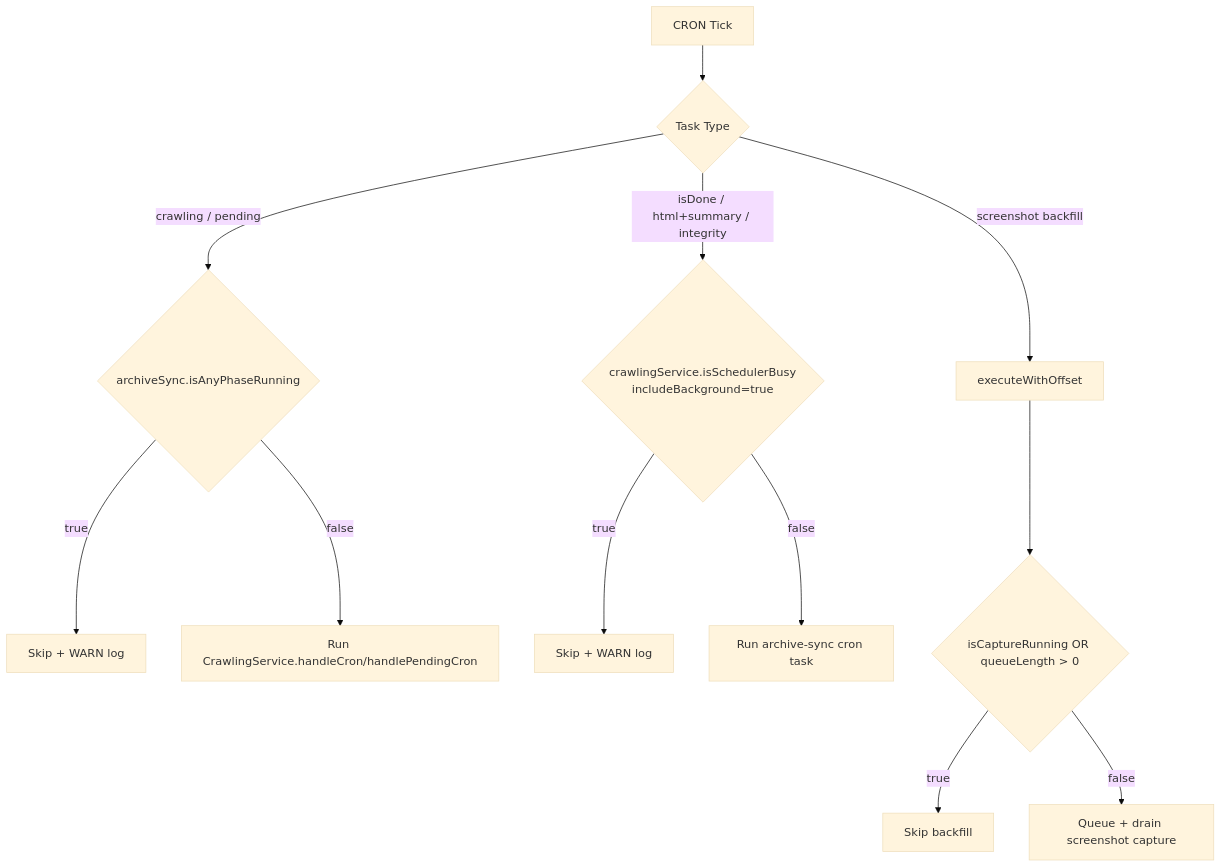
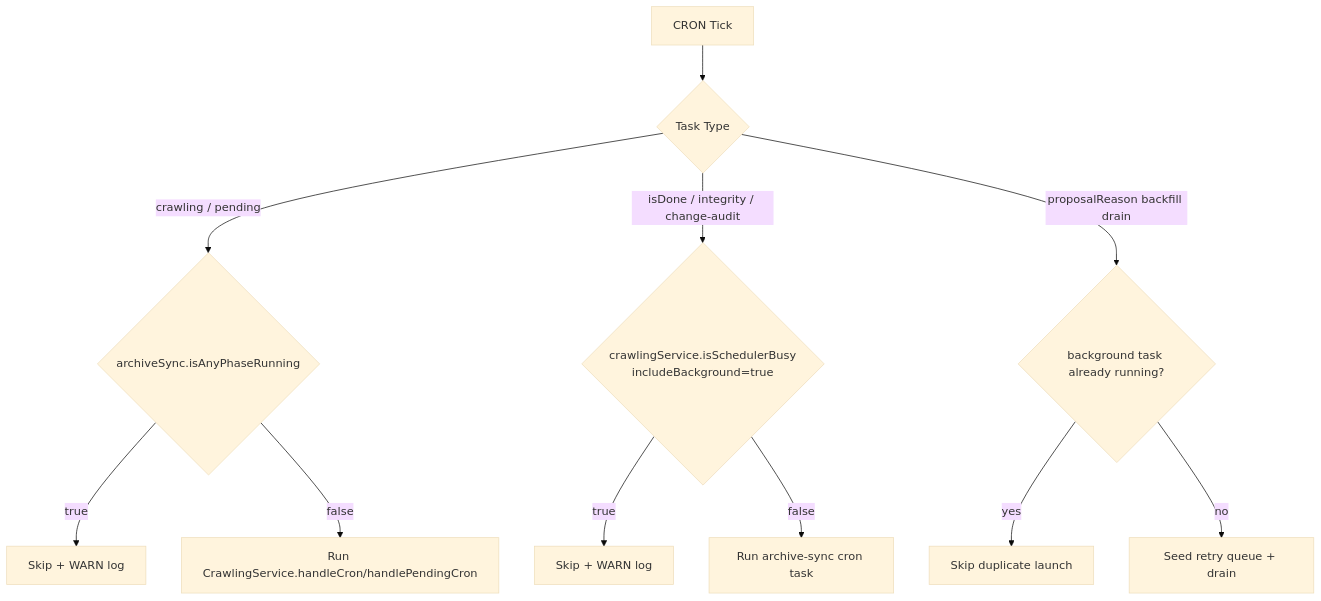
Before and after one commit to vientofactory/LawCast-Backend: the first of 3 diagrams in README.md, drawn with Mermaid (base theme). The commit also changed other lines of this file, not shown here.

````diff
--- a/README.md
+++ b/README.md
@@ -161,17 +157,16 @@
 ```mermaid
 flowchart TD
 		A[CRON Tick] --> B{Task Type}
 
 		B -->|crawling / pending| C{archiveSync.isAnyPhaseRunning}
 		C -->|true| C1[Skip + WARN log]
 		C -->|false| C2[Run CrawlingService.handleCron/handlePendingCron]
 
-		B -->|isDone / html+summary / integrity| D{crawlingService.isSchedulerBusy\nincludeBackground=true}
+		B -->|isDone / integrity / change-audit| D{crawlingService.isSchedulerBusy\nincludeBackground=true}
 		D -->|true| D1[Skip + WARN log]
 		D -->|false| D2[Run archive-sync cron task]
 
-		B -->|screenshot backfill| E[executeWithOffset]
-		E --> F{isCaptureRunning OR queueLength > 0}
-		F -->|true| F1[Skip backfill]
-		F -->|false| F2[Queue + drain screenshot capture]
+		B -->|proposalReason backfill drain| E{background task already running?}
+		E -->|yes| E1[Skip duplicate launch]
+		E -->|no| E2[Seed retry queue + drain]
 ```
````
